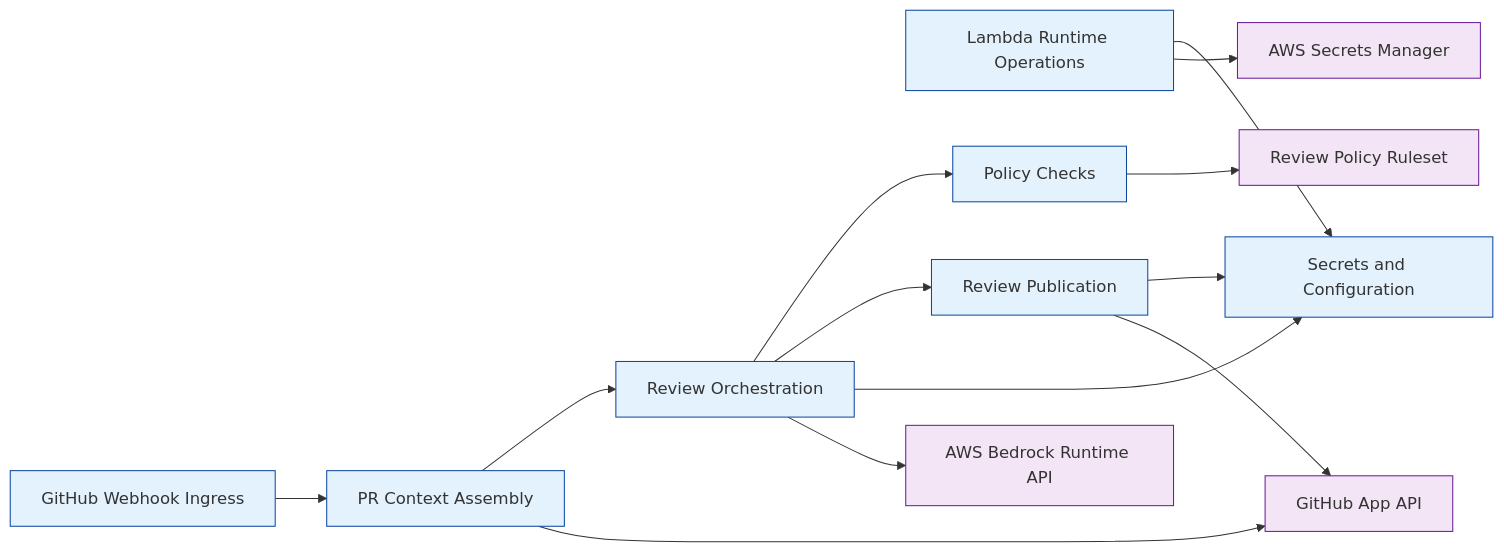
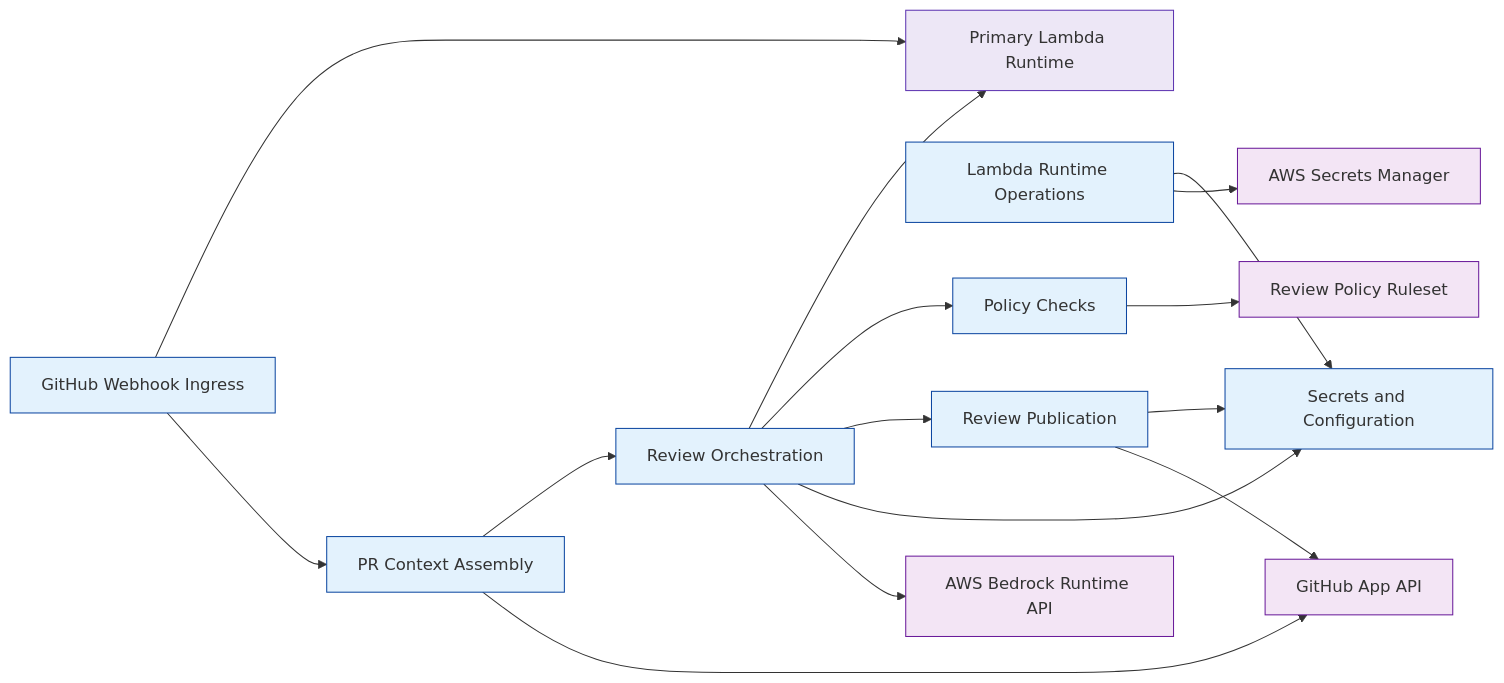
One commit to labeth/engineering-model-go changed the diagram in examples/bedrock-pr-review-github-app-sample/generated/VIEW-TRACEABILITY.mmd. Above: the diagram before and after it, drawn with Mermaid. The commit also changed 66 other files, not shown here.

```diff
--- a/examples/bedrock-pr-review-github-app-sample/generated/VIEW-TRACEABILITY.mmd
+++ b/examples/bedrock-pr-review-github-app-sample/generated/VIEW-TRACEABILITY.mmd
@@ -1,40 +1,43 @@
 flowchart LR
 %% view: VIEW-TRACEABILITY (traceability)
+N_DEP_BEDROCK_LAMBDA_PRIMARY["Primary Lambda Runtime"]:::deployment_target
 N_FU_GITHUB_WEBHOOK_INGRESS["GitHub Webhook Ingress"]:::functional_unit
 N_FU_LAMBDA_RUNTIME_OPERATIONS["Lambda Runtime Operations"]:::functional_unit
 N_FU_POLICY_CHECKS["Policy Checks"]:::functional_unit
 N_FU_PR_CONTEXT_ASSEMBLY["PR Context Assembly"]:::functional_unit
 N_FU_REVIEW_ORCHESTRATION["Review Orchestration"]:::functional_unit
 N_FU_REVIEW_PUBLICATION["Review Publication"]:::functional_unit
 N_FU_SECRETS_CONFIGURATION["Secrets and Configuration"]:::functional_unit
 N_REF_AWS_BEDROCK_RUNTIME["AWS Bedrock Runtime API"]:::referenced_element
 N_REF_AWS_SECRETS_MANAGER["AWS Secrets Manager"]:::referenced_element
 N_REF_GITHUB_APP_API["GitHub App API"]:::referenced_element
 N_REF_POLICY_RULESET["Review Policy Ruleset"]:::referenced_element
+N_FU_GITHUB_WEBHOOK_INGRESS --> N_DEP_BEDROCK_LAMBDA_PRIMARY
 N_FU_GITHUB_WEBHOOK_INGRESS --> N_FU_PR_CONTEXT_ASSEMBLY
 N_FU_LAMBDA_RUNTIME_OPERATIONS --> N_FU_SECRETS_CONFIGURATION
 N_FU_LAMBDA_RUNTIME_OPERATIONS --> N_REF_AWS_SECRETS_MANAGER
 N_FU_POLICY_CHECKS --> N_REF_POLICY_RULESET
 N_FU_PR_CONTEXT_ASSEMBLY --> N_FU_REVIEW_ORCHESTRATION
 N_FU_PR_CONTEXT_ASSEMBLY --> N_REF_GITHUB_APP_API
+N_FU_REVIEW_ORCHESTRATION --> N_DEP_BEDROCK_LAMBDA_PRIMARY
 N_FU_REVIEW_ORCHESTRATION --> N_FU_POLICY_CHECKS
 N_FU_REVIEW_ORCHESTRATION --> N_FU_REVIEW_PUBLICATION
 N_FU_REVIEW_ORCHESTRATION --> N_FU_SECRETS_CONFIGURATION
 N_FU_REVIEW_ORCHESTRATION --> N_REF_AWS_BEDROCK_RUNTIME
 N_FU_REVIEW_PUBLICATION --> N_FU_SECRETS_CONFIGURATION
 N_FU_REVIEW_PUBLICATION --> N_REF_GITHUB_APP_API
 classDef functional_group fill:#e8f5e9,stroke:#1b5e20,stroke-width:1px;
 classDef functional_unit fill:#e3f2fd,stroke:#0d47a1,stroke-width:1px;
 classDef actor fill:#fff8e1,stroke:#ef6c00,stroke-width:1px;
 classDef attack_vector fill:#ffebee,stroke:#b71c1c,stroke-width:1px;
 classDef referenced_element fill:#f3e5f5,stroke:#6a1b9a,stroke-width:1px;
-classDef interface fill:#e8f5e9,stroke:#2e7d32,stroke-width:1px;
-classDef data_object fill:#fff3e0,stroke:#ef6c00,stroke-width:1px;
+classDef interface fill:#e8f5e9,stroke:#2e7d32,stroke-width:2px,stroke-dasharray: 6 3;
+classDef data_object fill:#fff3e0,stroke:#ef6c00,stroke-width:2px,stroke-dasharray: 2 2;
 classDef deployment_target fill:#ede7f6,stroke:#5e35b1,stroke-width:1px;
 classDef control fill:#fce4ec,stroke:#ad1457,stroke-width:1px;
-classDef trust_boundary fill:#e0f7fa,stroke:#006064,stroke-width:1px;
+classDef trust_boundary fill:#e0f7fa,stroke:#006064,stroke-width:2px,stroke-dasharray: 10 4;
 classDef state fill:#e1f5fe,stroke:#0277bd,stroke-width:1px;
 classDef event fill:#fffde7,stroke:#f9a825,stroke-width:1px;
-classDef flow fill:#ede7f6,stroke:#4527a0,stroke-width:1px;
-classDef flow_step fill:#f1f8e9,stroke:#33691e,stroke-width:1px;
+classDef flow fill:#ede7f6,stroke:#4527a0,stroke-width:2px;
+classDef flow_step fill:#f1f8e9,stroke:#33691e,stroke-width:2px;
 classDef unknown fill:#ffffff,stroke:#adb5bd,stroke-width:1px;
```
